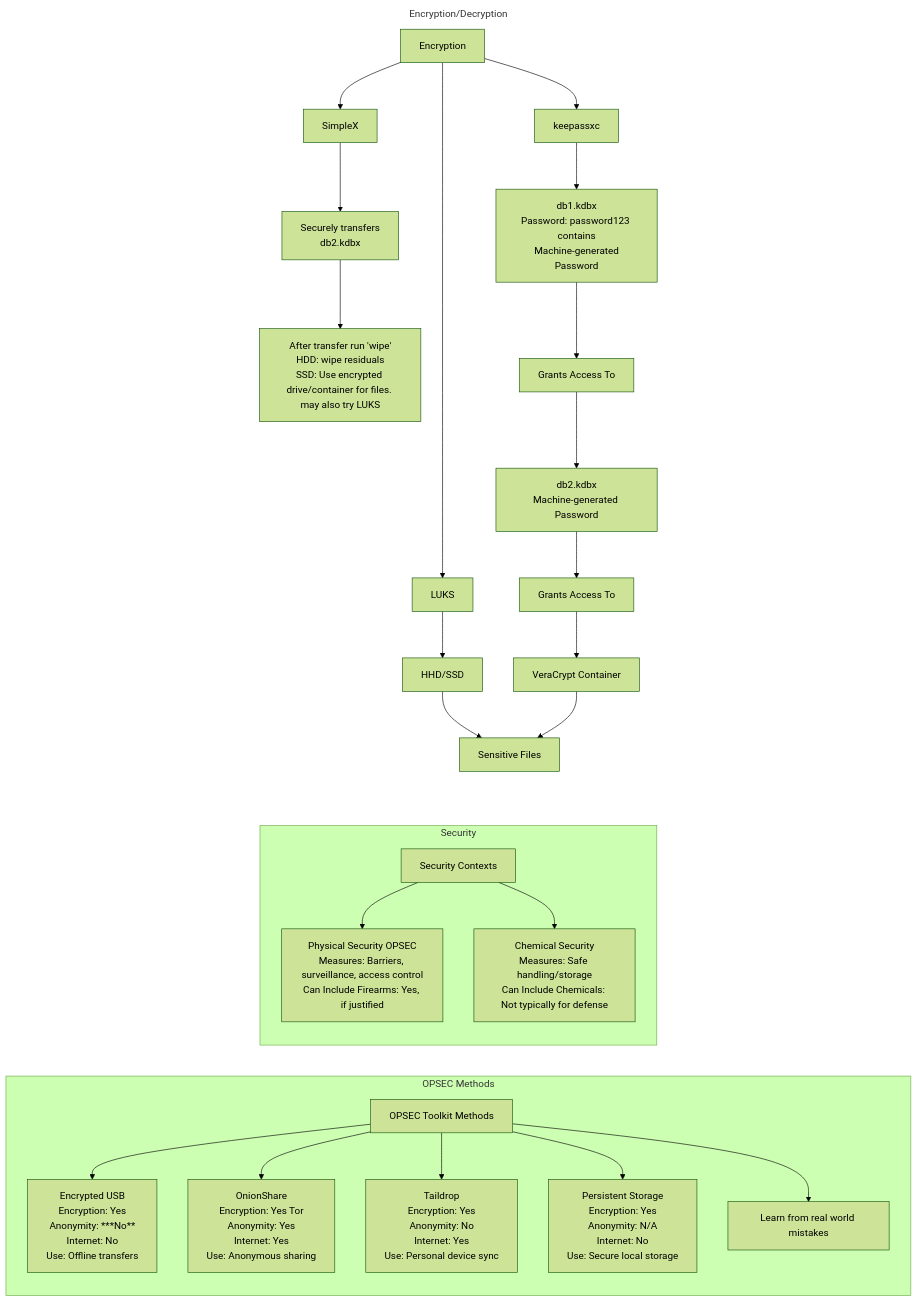
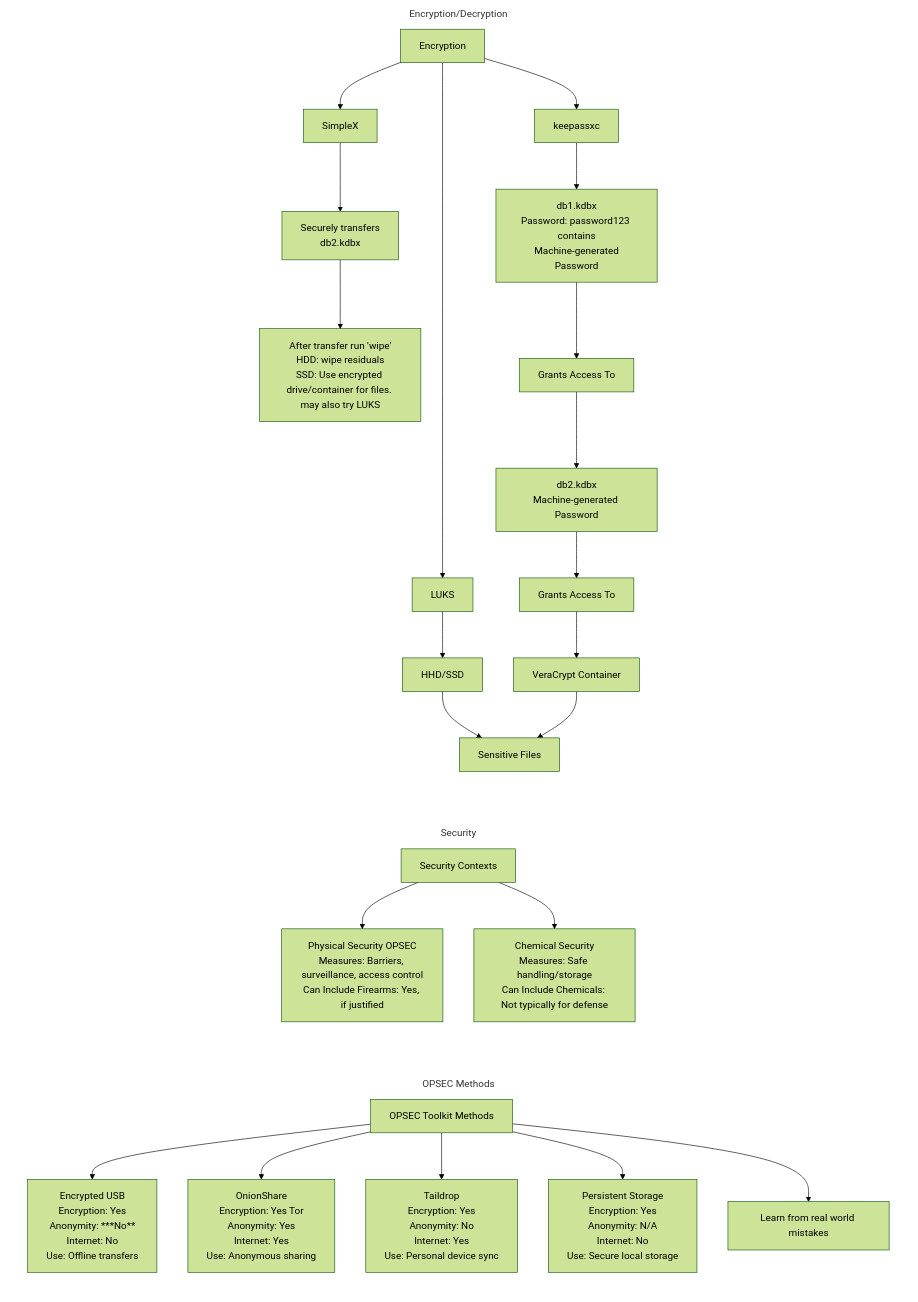
Before and after one commit to airborne-commando/OPSEC-OSINT-Tools: the diagram in markdown/mermaid-data/OPSEC-methods.md, drawn with Mermaid (forest theme). The commit also changed 4 other files, not shown here.

````diff
--- a/markdown/mermaid-data/OPSEC-methods.md
+++ b/markdown/mermaid-data/OPSEC-methods.md
@@ -1,50 +1,52 @@
 ```mermaid
 ---
 config:
   layout: dagre
 ---
 flowchart LR
  subgraph subGraph0["OPSEC Methods"]
         A["OPSEC Toolkit Methods"]
         B["Encrypted USB<br>Encryption: Yes<br>Anonymity: ***No**<br>Internet: No<br>Use: Offline transfers"]
         C["OnionShare<br>Encryption: Yes Tor<br>Anonymity: Yes<br>Internet: Yes<br>Use: Anonymous sharing"]
         D["Taildrop<br>Encryption: Yes<br>Anonymity: No<br>Internet: Yes<br>Use: Personal device sync"]
         E["Persistent Storage<br>Encryption: Yes<br>Anonymity: N/A<br>Internet: No<br>Use: Secure local storage"]
         FF["Learn from real world mistakes"]
   end
  subgraph Security["Security"]
         Q["Security Contexts"]
         R["Physical Security OPSEC<br>Measures: Barriers, surveillance, access control<br>Can Include Firearms: Yes, if justified"]
         S["Chemical Security<br>Measures: Safe handling/storage<br>Can Include Chemicals: Not typically for defense"]
   end
  subgraph s1["Encryption/Decryption"]
         G1["db1.kdbx<br>Password: password123 <br> contains <br> Machine-generated Password"]
         H["Grants Access To"]
         J1["db2.kdbx<br>Machine-generated Password"]
         K["Grants Access To"]
         L["Sensitive Files"]
         N["SimpleX"]
         O["Securely transfers<br>db2.kdbx"]
         P@{ label: "After transfer run 'wipe'<br>HDD: wipe residuals<br>SSD: Use encrypted drive/container for files. may also try LUKS" }
         E1["Encryption"]
         D1["LUKS"]
         B1["HHD/SSD"]
         XC["keepassxc"]
         J["VeraCrypt Container"]
   end
     A --> B & C & D & E & FF
     Q --> R & S
     E1 --> XC & D1 & N
     XC --> G1
     D1 --> B1
     B1 --> L
     N --> O
     O --> P
     G1 --> H
     H --> J1
     J1 --> K
     K --> J
     J --> L
     P@{ shape: rect}
     style s1 fill:transparent,stroke:none
+    style Security fill:transparent,stroke:none
+    style subGraph0 stroke:none,fill:transparent
 ```
````
